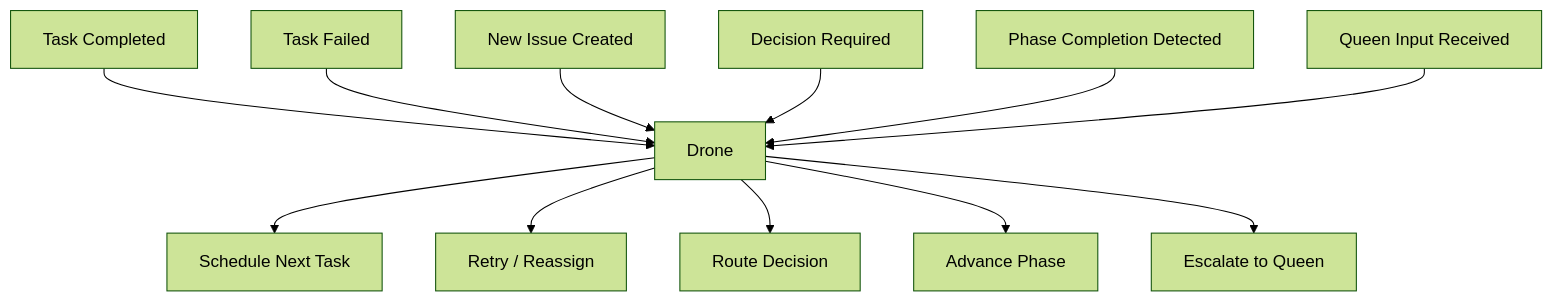
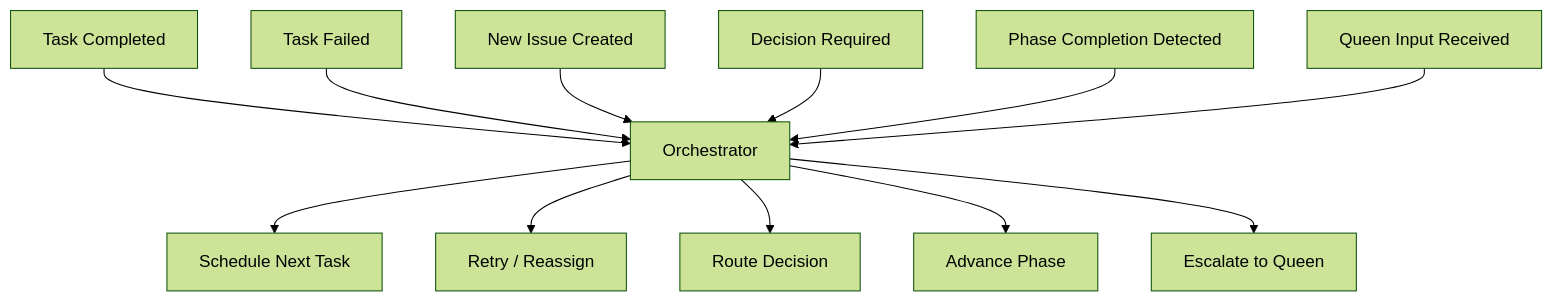
One commit to leeson1/Hive-Design changed the second of 4 diagrams in docs/02-governance/03-Drone-Operating-Model.md. Above: the diagram before and after it, drawn with Mermaid (forest theme). The commit also changed other lines of this file and 40 other files, not shown here.

````diff
--- a/docs/02-governance/03-Drone-Operating-Model.md
+++ b/docs/02-governance/03-Drone-Operating-Model.md
@@ -79,15 +84,15 @@
 ```mermaid
 flowchart TD
-    A["Task Completed"] --> D["Drone"]
+    A["Task Completed"] --> D["Orchestrator"]
     B["Task Failed"] --> D
     C["New Issue Created"] --> D
     E["Decision Required"] --> D
     F["Phase Completion Detected"] --> D
     G["Queen Input Received"] --> D
 
     D --> H["Schedule Next Task"]
     D --> I["Retry / Reassign"]
     D --> J["Route Decision"]
     D --> K["Advance Phase"]
     D --> L["Escalate to Queen"]
 ```
````
